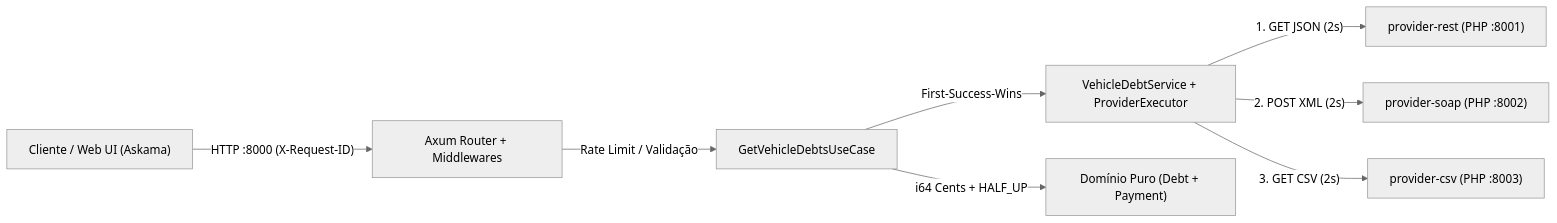
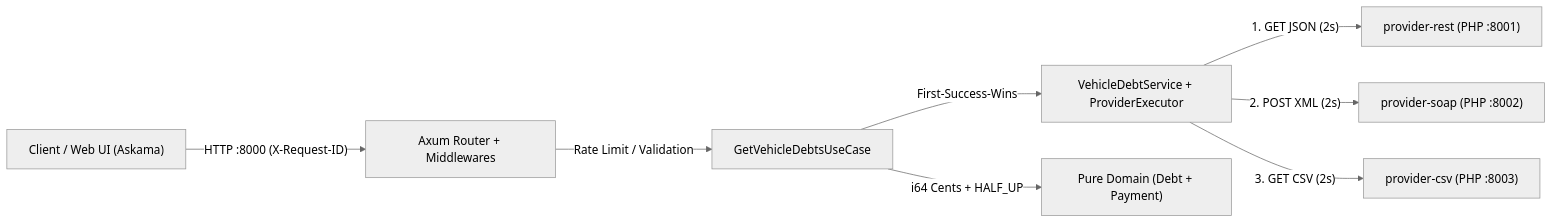
Before and after one commit to rogepage/infocar: the diagram in README.md, drawn with Mermaid (neutral theme). The commit also changed other lines of this file and 1 other file, not shown here.

````diff
--- a/README.md
+++ b/README.md
@@ -11,10 +13,10 @@
 ```mermaid
 flowchart LR
-    Client["Cliente / Web UI (Askama)"] -->|"HTTP :8000 (X-Request-ID)"| Axum["Axum Router + Middlewares"]
-    Axum -->|"Rate Limit / Validação"| UseCase["GetVehicleDebtsUseCase"]
+    Client["Client / Web UI (Askama)"] -->|"HTTP :8000 (X-Request-ID)"| Axum["Axum Router + Middlewares"]
+    Axum -->|"Rate Limit / Validation"| UseCase["GetVehicleDebtsUseCase"]
     UseCase -->|"First-Success-Wins"| Service["VehicleDebtService + ProviderExecutor"]
     Service -->|"1. GET JSON (2s)"| Rest["provider-rest (PHP :8001)"]
     Service -->|"2. POST XML (2s)"| Soap["provider-soap (PHP :8002)"]
     Service -->|"3. GET CSV (2s)"| Csv["provider-csv (PHP :8003)"]
-    UseCase -->|"i64 Cents + HALF_UP"| Domain["Domínio Puro (Debt + Payment)"]
+    UseCase -->|"i64 Cents + HALF_UP"| Domain["Pure Domain (Debt + Payment)"]
 ```
````
